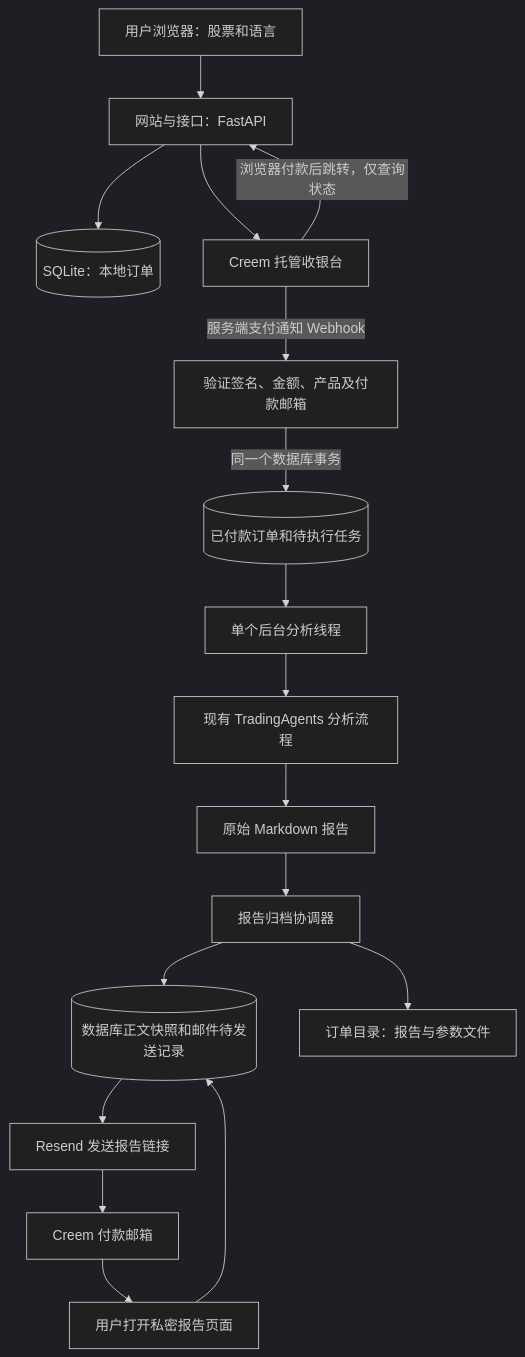
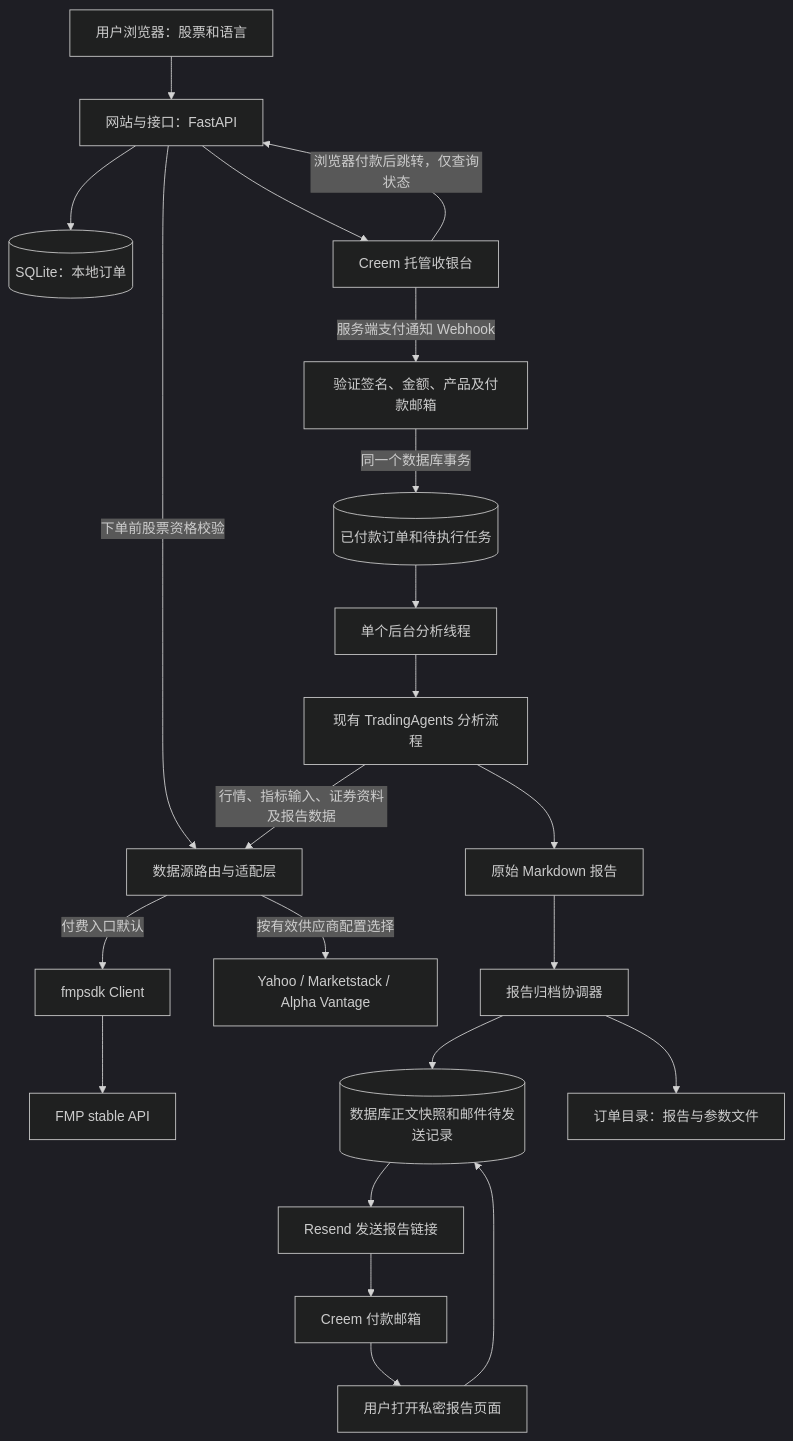
The first of 2 diagrams in docs/付费报告系统架构.md (Kalmanson/TradingAgents), drawn with Mermaid (dark theme) before and after one commit. The commit also changed other lines of this file and 10 other files, not shown here.

````diff
--- a/docs/付费报告系统架构.md
+++ b/docs/付费报告系统架构.md
@@ -31,19 +32,24 @@
 ```mermaid
 flowchart TD
     U[用户浏览器：股票和语言] --> W[网站与接口：FastAPI]
     W --> O[(SQLite：本地订单)]
     W --> C[Creem 托管收银台]
     C -->|浏览器付款后跳转，仅查询状态| W
     C -->|服务端支付通知 Webhook| V[验证签名、金额、产品及付款邮箱]
     V -->|同一个数据库事务| Q[(已付款订单和待执行任务)]
     Q --> T[单个后台分析线程]
     T --> A[现有 TradingAgents 分析流程]
+    W -->|下单前股票资格校验| MD[数据源路由与适配层]
+    A -->|行情、指标输入、证券资料及报告数据| MD
+    MD -->|付费入口默认| SDK[fmpsdk Client]
+    SDK --> FMP[FMP stable API]
+    MD -->|按有效供应商配置选择| ALT[Yahoo / Marketstack / Alpha Vantage]
     A --> F[原始 Markdown 报告]
     F --> R[报告归档协调器]
     R --> S[(数据库正文快照和邮件待发送记录)]
     R --> D[订单目录：报告与参数文件]
     S --> M[Resend 发送报告链接]
     M --> E[Creem 付款邮箱]
     E --> P[用户打开私密报告页面]
     P --> S
 ```
````
